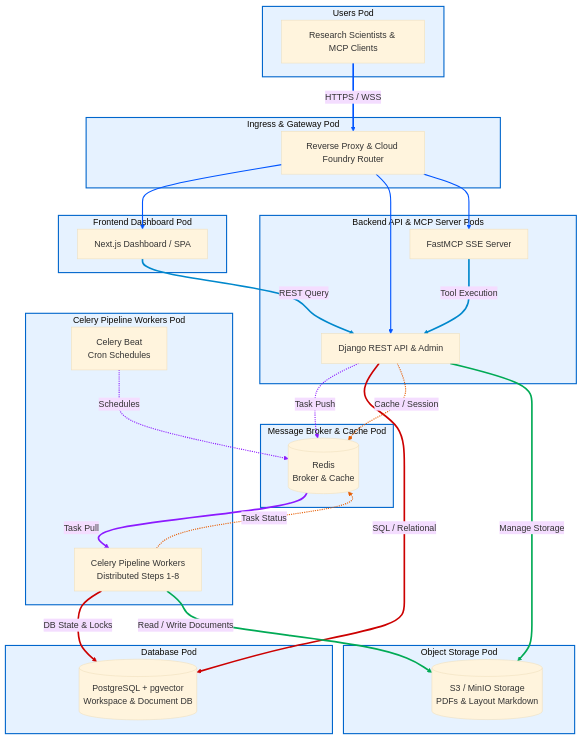
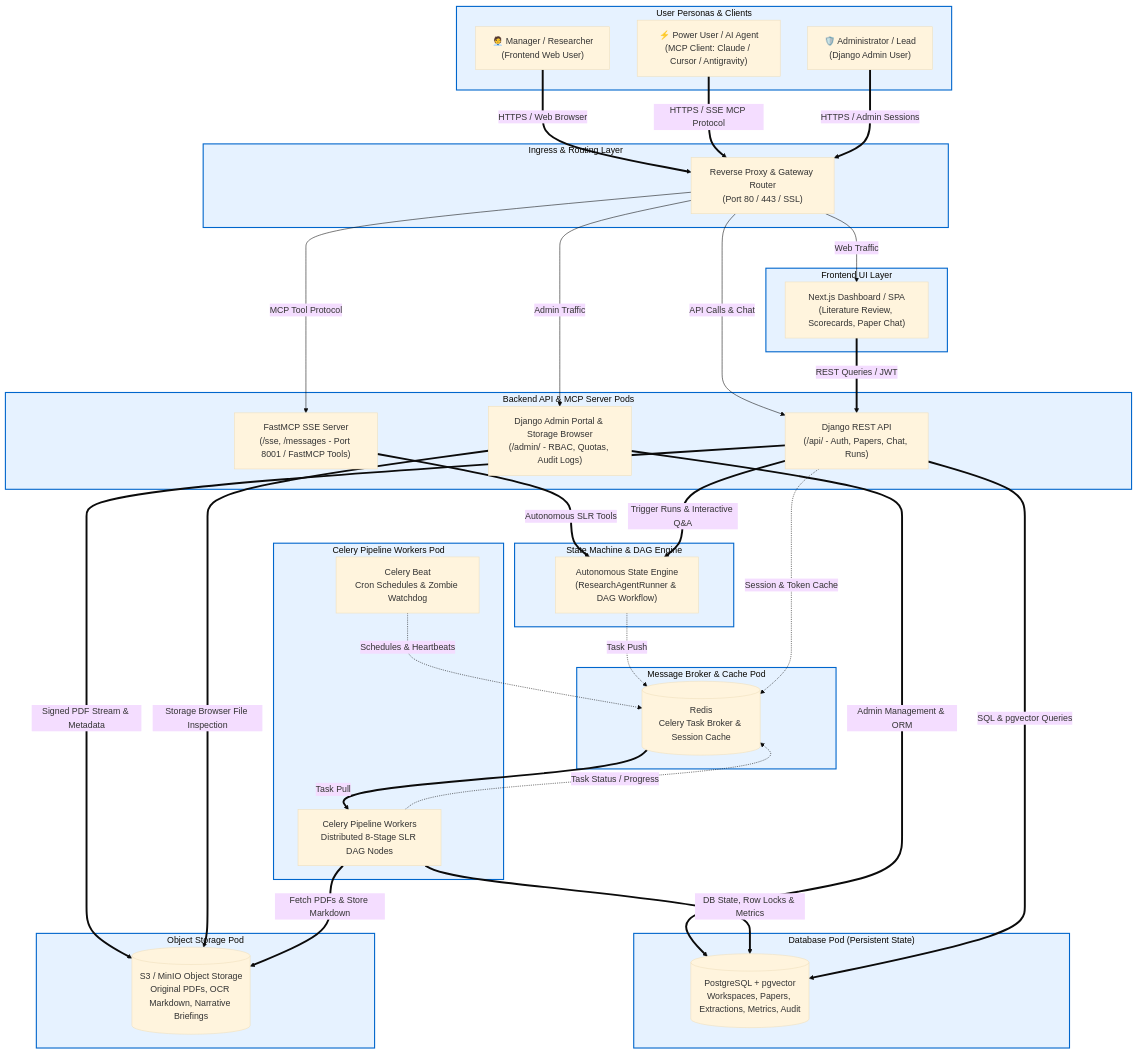
Before and after one commit to p4ku/research-intelligence: the diagram in docs/diagrams/architecture.mmd, drawn with Mermaid (base theme). The commit also changed 4 other files, not shown here.

Commit message:
docs: update system architecture diagram and personas (Manager, Power User, Admin)

```diff
--- a/docs/diagrams/architecture.mmd
+++ b/docs/diagrams/architecture.mmd
@@ -1,75 +1,80 @@
 graph TB
-    subgraph Users ["Users Pod"]
-        usr[Research Scientists & MCP Clients]
+    subgraph Personas ["User Personas & Clients"]
+        manager["🧑‍💼 Manager / Researcher<br>(Frontend Web User)"]
+        power["⚡ Power User / AI Agent<br>(MCP Client: Claude / Cursor / Antigravity)"]
+        admin["🛡️ Administrator / Lead<br>(Django Admin User)"]
     end
-    style Users fill:#e6f2ff,stroke:#0066cc,stroke-width:2px
+    style Personas fill:#e6f2ff,stroke:#0066cc,stroke-width:2px
 
-    subgraph Ingress ["Ingress & Gateway Pod"]
-        nginx[Reverse Proxy & Cloud Foundry Router]
+    subgraph Ingress ["Ingress & Routing Layer"]
+        nginx["Reverse Proxy & Gateway Router<br>(Port 80 / 443 / SSL)"]
     end
     style Ingress fill:#e6f2ff,stroke:#0066cc,stroke-width:2px
 
-    subgraph Frontend ["Frontend Dashboard Pod"]
-        frontend[Next.js Dashboard / SPA]
+    subgraph Frontend ["Frontend UI Layer"]
+        frontend["Next.js Dashboard / SPA<br>(Literature Review, Scorecards, Paper Chat)"]
     end
     style Frontend fill:#e6f2ff,stroke:#0066cc,stroke-width:2px
 
     subgraph Backend ["Backend API & MCP Server Pods"]
-        api[Django REST API & Admin]
-        mcp[FastMCP SSE Server]
+        api["Django REST API<br>(/api/ - Auth, Papers, Chat, Runs)"]
+        django_admin["Django Admin Portal & Storage Browser<br>(/admin/ - RBAC, Quotas, Audit Logs)"]
+        mcp["FastMCP SSE Server<br>(/sse, /messages - Port 8001 / FastMCP Tools)"]
     end
     style Backend fill:#e6f2ff,stroke:#0066cc,stroke-width:2px
 
+    subgraph Orchestration ["State Machine & DAG Engine"]
+        agent_engine["Autonomous State Engine<br>(ResearchAgentRunner & DAG Workflow)"]
+    end
+    style Orchestration fill:#e6f2ff,stroke:#0066cc,stroke-width:2px
+
     subgraph DataState ["Message Broker & Cache Pod"]
-        broker[(Redis <br> Broker & Cache)]
+        broker[("Redis<br>Celery Task Broker & Session Cache")]
     end
     style DataState fill:#e6f2ff,stroke:#0066cc,stroke-width:2px
 
     subgraph Workers ["Celery Pipeline Workers Pod"]
-        beat[Celery Beat <br> Cron Schedules]
-        w1[Celery Pipeline Workers <br> Distributed Steps 1-8]
+        beat["Celery Beat<br>Cron Schedules & Zombie Watchdog"]
+        w1["Celery Pipeline Workers<br>Distributed 8-Stage SLR DAG Nodes"]
     end
     style Workers fill:#e6f2ff,stroke:#0066cc,stroke-width:2px
 
-    subgraph Database ["Database Pod"]
-        db[(PostgreSQL + pgvector <br> Workspace & Document DB)]
+    subgraph Database ["Database Pod (Persistent State)"]
+        db[("PostgreSQL + pgvector<br>Workspaces, Papers, Extractions, Metrics, Audit")]
     end
     style Database fill:#e6f2ff,stroke:#0066cc,stroke-width:2px
 
     subgraph Storage ["Object Storage Pod"]
-        minio[(S3 / MinIO Storage <br> PDFs & Layout Markdown)]
+        minio[("S3 / MinIO Object Storage<br>Original PDFs, OCR Markdown, Narrative Briefings")]
     end
     style Storage fill:#e6f2ff,stroke:#0066cc,stroke-width:2px
 
-    usr ==>|HTTPS / WSS| nginx
-    nginx --> frontend
-    nginx --> api
-    nginx --> mcp
-    frontend ==>|REST Query| api
-    mcp ==>|Tool Execution| api
-    api -.->|Task Push| broker
-    beat -.->|Schedules| broker
+    %% Personas routing into Ingress
+    manager ==>|HTTPS / Web Browser| nginx
+    power ==>|HTTPS / SSE MCP Protocol| nginx
+    admin ==>|HTTPS / Admin Sessions| nginx
+
+    %% Ingress routing to services
+    nginx -->|Web Traffic| frontend
+    nginx -->|API Calls & Chat| api
+    nginx -->|Admin Traffic| django_admin
+    nginx -->|MCP Tool Protocol| mcp
+
+    %% Service interactions
+    frontend ==>|REST Queries / JWT| api
+    mcp ==>|Autonomous SLR Tools| agent_engine
+    api ==>|Trigger Runs & Interactive Q&A| agent_engine
+    django_admin ==>|Admin Management & ORM| db
+
+    agent_engine -.->|Task Push| broker
+    beat -.->|Schedules & Heartbeats| broker
     broker ==>|Task Pull| w1
-    w1 ==>|DB State & Locks| db
-    api ==>|SQL / Relational| db
-    w1 -.->|Task Status| broker
-    api -.->|Cache / Session| broker
-    api ==>|Manage Storage| minio
-    w1 ==>|Read / Write Documents| minio
 
-    %% Link styles for custom colored arrows
-    linkStyle 0 stroke:#0055ff,stroke-width:3px;
-    linkStyle 1 stroke:#0055ff,stroke-width:2px;
-    linkStyle 2 stroke:#0055ff,stroke-width:2px;
-    linkStyle 3 stroke:#0055ff,stroke-width:2px;
-    linkStyle 4 stroke:#0088cc,stroke-width:3px;
-    linkStyle 5 stroke:#0088cc,stroke-width:3px;
-    linkStyle 6 stroke:#8c1aff,stroke-width:2px;
-    linkStyle 7 stroke:#8c1aff,stroke-width:2px;
-    linkStyle 8 stroke:#8c1aff,stroke-width:3px;
-    linkStyle 9 stroke:#cc0000,stroke-width:3px;
-    linkStyle 10 stroke:#cc0000,stroke-width:3px;
-    linkStyle 11 stroke:#e65c00,stroke-width:2px;
-    linkStyle 12 stroke:#e65c00,stroke-width:2px;
-    linkStyle 13 stroke:#00aa55,stroke-width:3px;
-    linkStyle 14 stroke:#00aa55,stroke-width:3px;
+    w1 ==>|DB State, Row Locks & Metrics| db
+    api ==>|SQL & pgvector Queries| db
+    w1 -.->|Task Status / Progress| broker
+    api -.->|Session & Token Cache| broker
+
+    api ==>|Signed PDF Stream & Metadata| minio
+    django_admin ==>|Storage Browser File Inspection| minio
+    w1 ==>|Fetch PDFs & Store Markdown| minio
```
